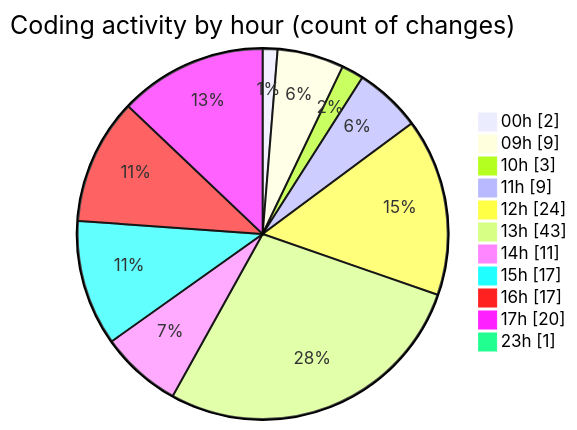
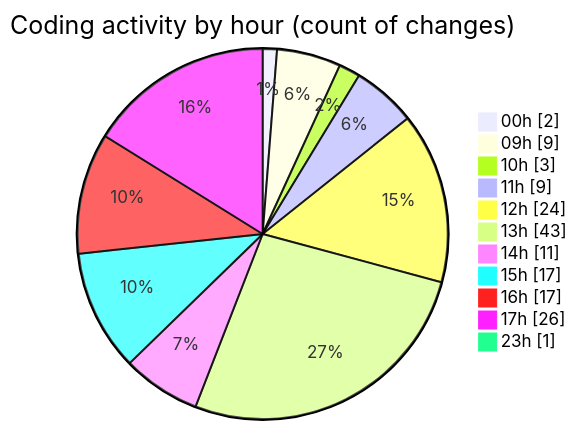
Before and after one commit to momahboobian/code-tracking: the second of 2 diagrams in 2025-07-29/cda/README.md, drawn with Mermaid. The commit also changed other lines of this file and 1 other file, not shown here.

````diff
--- a/2025-07-29/cda/README.md
+++ b/2025-07-29/cda/README.md
@@ -41,15 +41,15 @@
 ```mermaid
 pie showData
 title Coding activity by hour (count of changes)
 "00h" : 2
 "09h" : 9
 "10h" : 3
 "11h" : 9
 "12h" : 24
 "13h" : 43
 "14h" : 11
 "15h" : 17
 "16h" : 17
-"17h" : 20
+"17h" : 26
 "23h" : 1
 ```
````
